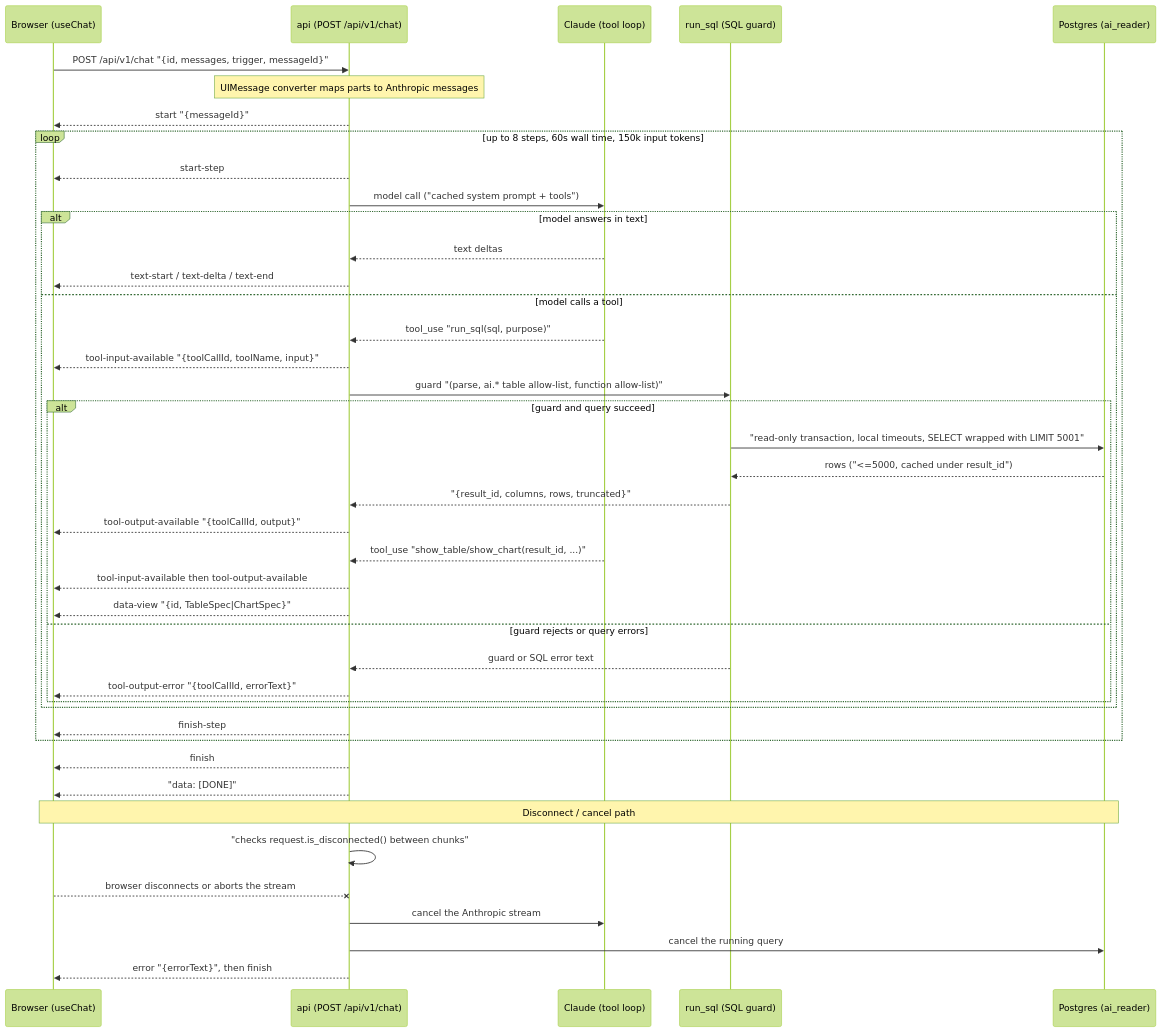
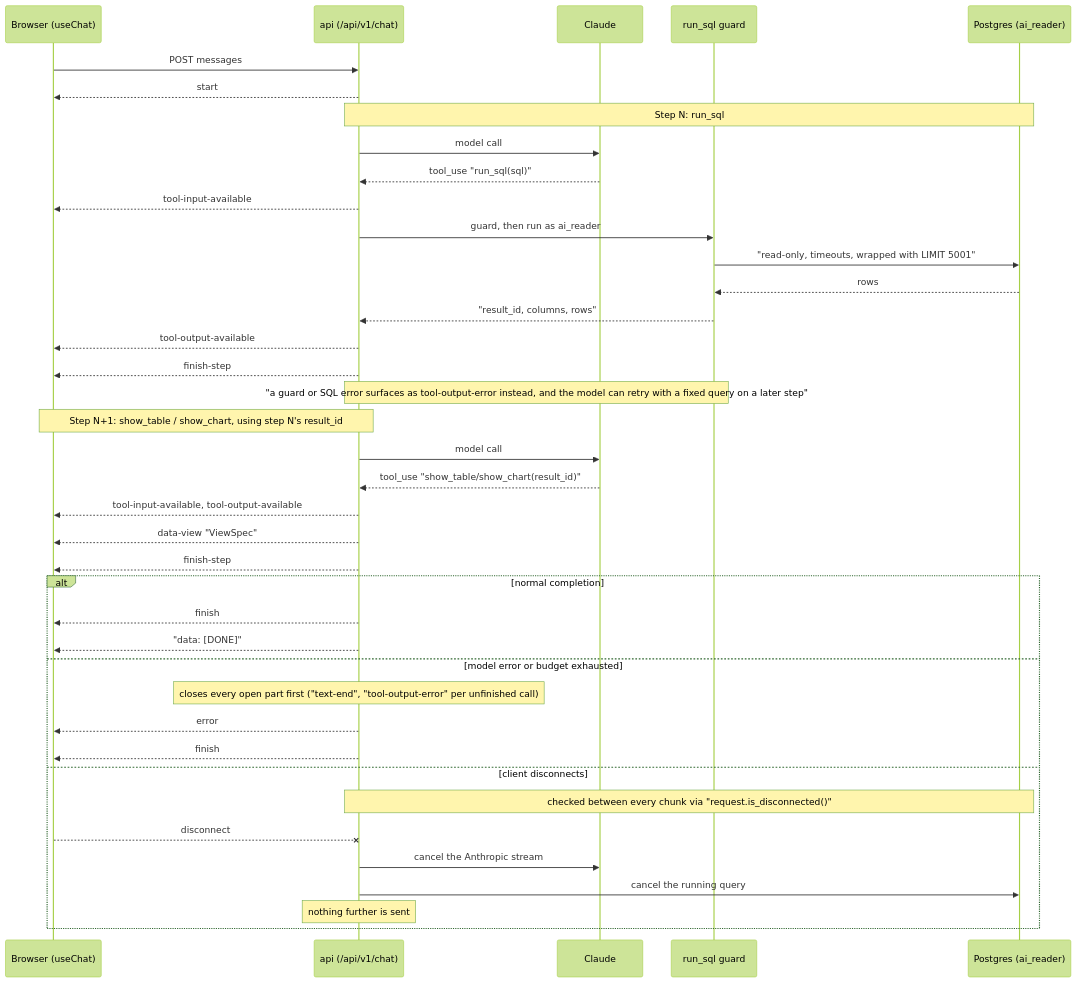
Before and after one commit to EliRobinson/stock-ticker: the seventh of 9 diagrams in docs/design/diagrams.md, drawn with Mermaid (forest theme). The commit also changed other lines of this file and 2 other files, not shown here.

Commit message:
docs: fold design review round into diagrams and system design

````diff
--- a/docs/design/diagrams.md
+++ b/docs/design/diagrams.md
@@ -231,48 +307,45 @@
 ```mermaid
 sequenceDiagram
     participant B as Browser (useChat)
-    participant API as api (POST /api/v1/chat)
-    participant C as Claude (tool loop)
-    participant G as run_sql (SQL guard)
+    participant API as api (/api/v1/chat)
+    participant C as Claude
+    participant G as run_sql guard
     participant DB as Postgres (ai_reader)
 
-    B->>API: POST /api/v1/chat "{id, messages, trigger, messageId}"
-    Note over API: UIMessage converter maps parts to Anthropic messages
-    API-->>B: start "{messageId}"
+    B->>API: POST messages
+    API-->>B: start
 
-    loop up to 8 steps, 60s wall time, 150k input tokens
-        API-->>B: start-step
-        API->>C: model call ("cached system prompt + tools")
-        alt model answers in text
-            C-->>API: text deltas
-            API-->>B: text-start / text-delta / text-end
-        else model calls a tool
-            C-->>API: tool_use "run_sql(sql, purpose)"
-            API-->>B: tool-input-available "{toolCallId, toolName, input}"
-            API->>G: guard "(parse, ai.* table allow-list, function allow-list)"
-            alt guard and query succeed
-                G->>DB: "read-only transaction, local timeouts, SELECT wrapped with LIMIT 5001"
-                DB-->>G: rows ("<=5000, cached under result_id")
-                G-->>API: "{result_id, columns, rows, truncated}"
-                API-->>B: tool-output-available "{toolCallId, output}"
-                C-->>API: tool_use "show_table/show_chart(result_id, ...)"
-                API-->>B: tool-input-available then tool-output-available
-                API-->>B: data-view "{id, TableSpec|ChartSpec}"
-            else guard rejects or query errors
-                G-->>API: guard or SQL error text
-                API-->>B: tool-output-error "{toolCallId, errorText}"
-            end
-        end
-        API-->>B: finish-step
+    Note over API,DB: Step N: run_sql
+    API->>C: model call
+    C-->>API: tool_use "run_sql(sql)"
+    API-->>B: tool-input-available
+    API->>G: guard, then run as ai_reader
+    G->>DB: "read-only, timeouts, wrapped with LIMIT 5001"
+    DB-->>G: rows
+    G-->>API: "result_id, columns, rows"
+    API-->>B: tool-output-available
+    API-->>B: finish-step
+    Note over G,API: "a guard or SQL error surfaces as tool-output-error instead, and the model can retry with a fixed query on a later step"
+
+    Note over API,B: Step N+1: show_table / show_chart, using step N's result_id
+    API->>C: model call
+    C-->>API: tool_use "show_table/show_chart(result_id)"
+    API-->>B: tool-input-available, tool-output-available
+    API-->>B: data-view "ViewSpec"
+    API-->>B: finish-step
+
+    alt normal completion
+        API-->>B: finish
+        API-->>B: "data: [DONE]"
+    else model error or budget exhausted
+        Note over API: closes every open part first ("text-end", "tool-output-error" per unfinished call)
+        API-->>B: error
+        API-->>B: finish
+    else client disconnects
+        Note over API,DB: checked between every chunk via "request.is_disconnected()"
+        B--xAPI: disconnect
+        API->>C: cancel the Anthropic stream
+        API->>DB: cancel the running query
+        Note over API: nothing further is sent
     end
-
-    API-->>B: finish
-    API-->>B: "data: [DONE]"
-
-    Note over B,DB: Disconnect / cancel path
-    API->>API: "checks request.is_disconnected() between chunks"
-    B--xAPI: browser disconnects or aborts the stream
-    API->>C: cancel the Anthropic stream
-    API->>DB: cancel the running query
-    API-->>B: error "{errorText}", then finish
 ```
````
